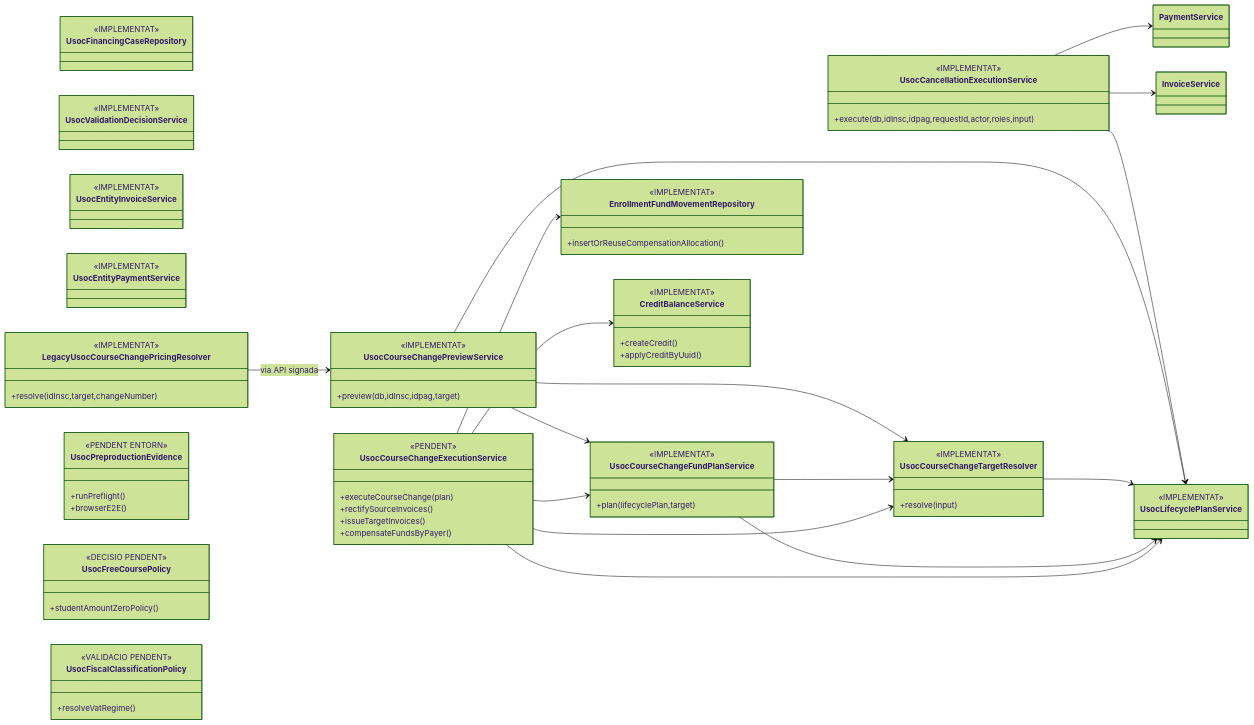
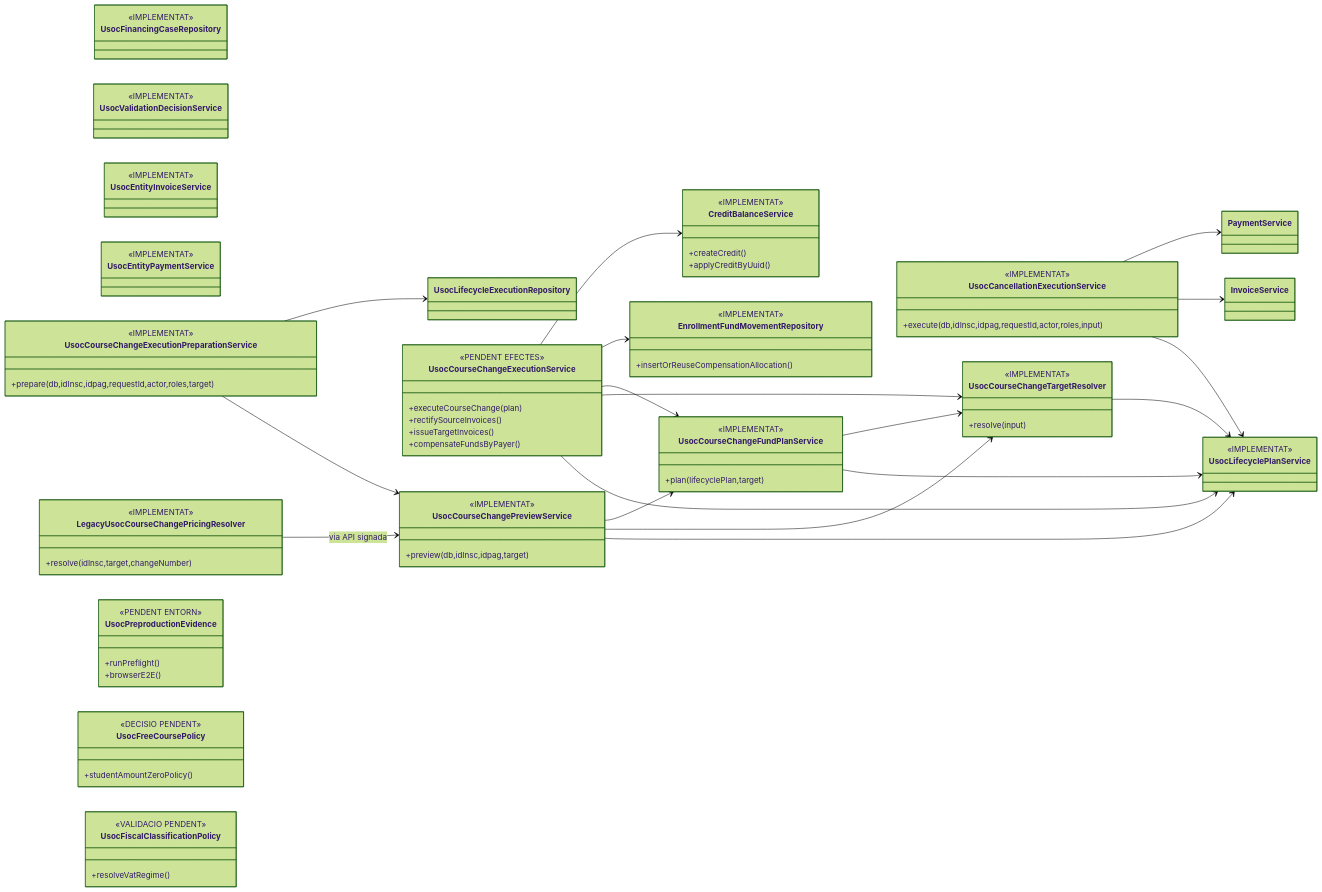
The fourth of 4 diagrams in documentacio/07-uml-integrat/uc-013-classes-actual-final.md (orgmeriemprismacat-del/verifactu), drawn with Mermaid (forest theme) before and after one commit. The commit also changed other lines of this file, not shown here.

Commit message:
docs(UC-013): incorporar preparation service a classes

```diff
--- a/documentacio/07-uml-integrat/uc-013-classes-actual-final.md
+++ b/documentacio/07-uml-integrat/uc-013-classes-actual-final.md
@@ -228,8 +228,12 @@
   <<IMPLEMENTAT>>
   +plan(lifecyclePlan,target)
 }
+class UsocCourseChangeExecutionPreparationService {
+  <<IMPLEMENTAT>>
+  +prepare(db,idInsc,idpag,requestId,actor,roles,target)
+}
 class UsocCourseChangeExecutionService {
-  <<PENDENT>>
+  <<PENDENT EFECTES>>
   +executeCourseChange(plan)
   +rectifySourceInvoices()
   +issueTargetInvoices()
@@ -267,6 +271,8 @@
 UsocCourseChangeTargetResolver --> UsocLifecyclePlanService
 UsocCourseChangeFundPlanService --> UsocLifecyclePlanService
 UsocCourseChangeFundPlanService --> UsocCourseChangeTargetResolver
+UsocCourseChangeExecutionPreparationService --> UsocCourseChangePreviewService
+UsocCourseChangeExecutionPreparationService --> UsocLifecycleExecutionRepository
 UsocCourseChangeExecutionService --> UsocLifecyclePlanService
 UsocCourseChangeExecutionService --> UsocCourseChangeTargetResolver
 UsocCourseChangeExecutionService --> UsocCourseChangeFundPlanService
```
